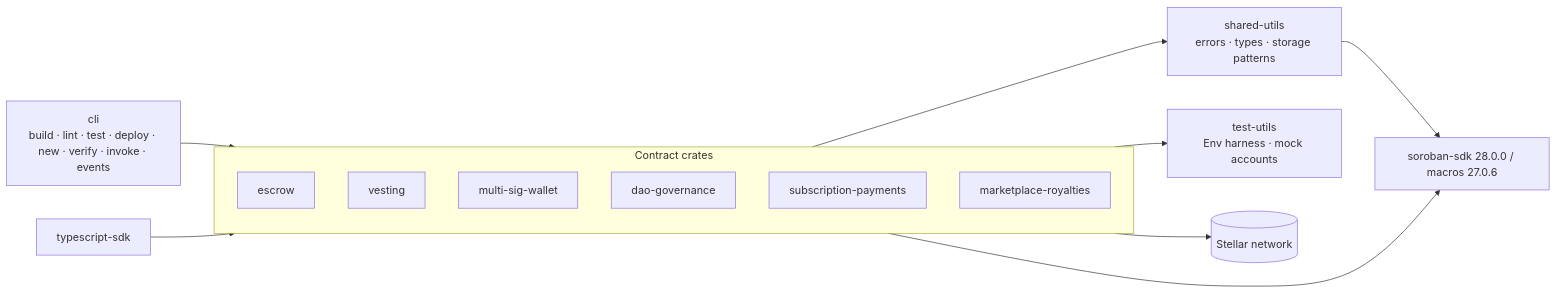
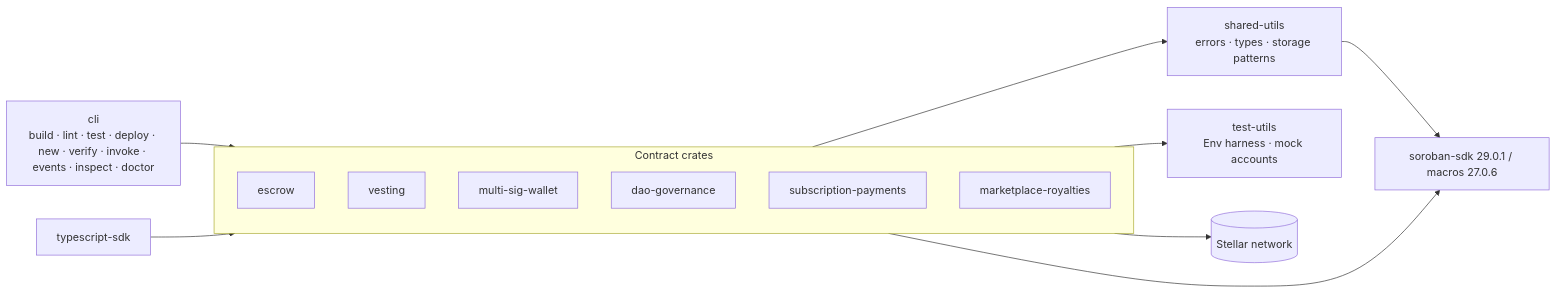
Before and after one commit to Meet-hybrid/soroban-forge: the first of 2 diagrams in README.md, drawn with Mermaid. The commit also changed other lines of this file and 7 other files, not shown here.

First line of the commit message:
docs: make the README and testnet proof accurate after soroban-sdk 29 (#564)

````diff
--- a/README.md
+++ b/README.md
@@ -120,26 +119,26 @@
 ```mermaid
 flowchart LR
     subgraph Contracts["Contract crates"]
         escrow[escrow]
         vesting[vesting]
         multisig[multi-sig-wallet]
         dao[dao-governance]
         subs[subscription-payments]
         royalties[marketplace-royalties]
     end
 
     shared[shared-utils<br/>errors · types · storage patterns]
     testutils[test-utils<br/>Env harness · mock accounts]
-    sdk[soroban-sdk 28.0.0 / macros 27.0.6]
-    cli[cli<br/>build · lint · test · deploy · new · verify · invoke · events]
+    sdk[soroban-sdk 29.0.1 / macros 27.0.6]
+    cli[cli<br/>build · lint · test · deploy · new · verify · invoke · events · inspect · doctor]
     ts[typescript-sdk]
     net[(Stellar network)]
 
     Contracts --> shared
     Contracts --> testutils
     shared --> sdk
     Contracts --> sdk
     cli --> Contracts
     ts --> Contracts
     Contracts --> net
 ```
````
